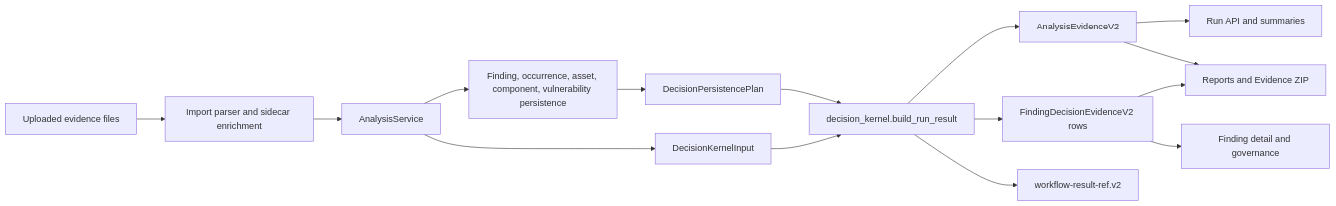
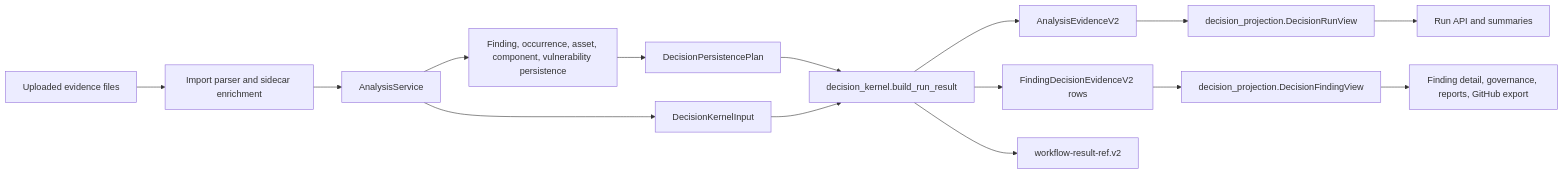
One commit to Noetheon/vuln-prioritizer-workbench changed the diagram in docs/architecture/decision-evidence-kernel.md. Above: the diagram before and after it, drawn with Mermaid. The commit also changed other lines of this file and 31 other files, not shown here.

First line of the commit message:
[codex] Consolidate evidence-first decision read models (#579)

````diff
--- a/docs/architecture/decision-evidence-kernel.md
+++ b/docs/architecture/decision-evidence-kernel.md
@@ -31,17 +32,17 @@
 ```mermaid
 flowchart LR
   A["Uploaded evidence files"] --> B["Import parser and sidecar enrichment"]
   B --> C["AnalysisService"]
   C --> D["Finding, occurrence, asset, component, vulnerability persistence"]
   D --> E["DecisionPersistencePlan"]
   C --> F["DecisionKernelInput"]
   E --> G["decision_kernel.build_run_result"]
   F --> G
   G --> H["AnalysisEvidenceV2"]
   G --> I["FindingDecisionEvidenceV2 rows"]
   G --> J["workflow-result-ref.v2"]
-  H --> K["Run API and summaries"]
-  I --> L["Finding detail and governance"]
-  H --> M["Reports and Evidence ZIP"]
-  I --> M
+  H --> K["decision_projection.DecisionRunView"]
+  I --> L["decision_projection.DecisionFindingView"]
+  K --> M["Run API and summaries"]
+  L --> N["Finding detail, governance, reports, GitHub export"]
 ```
````
